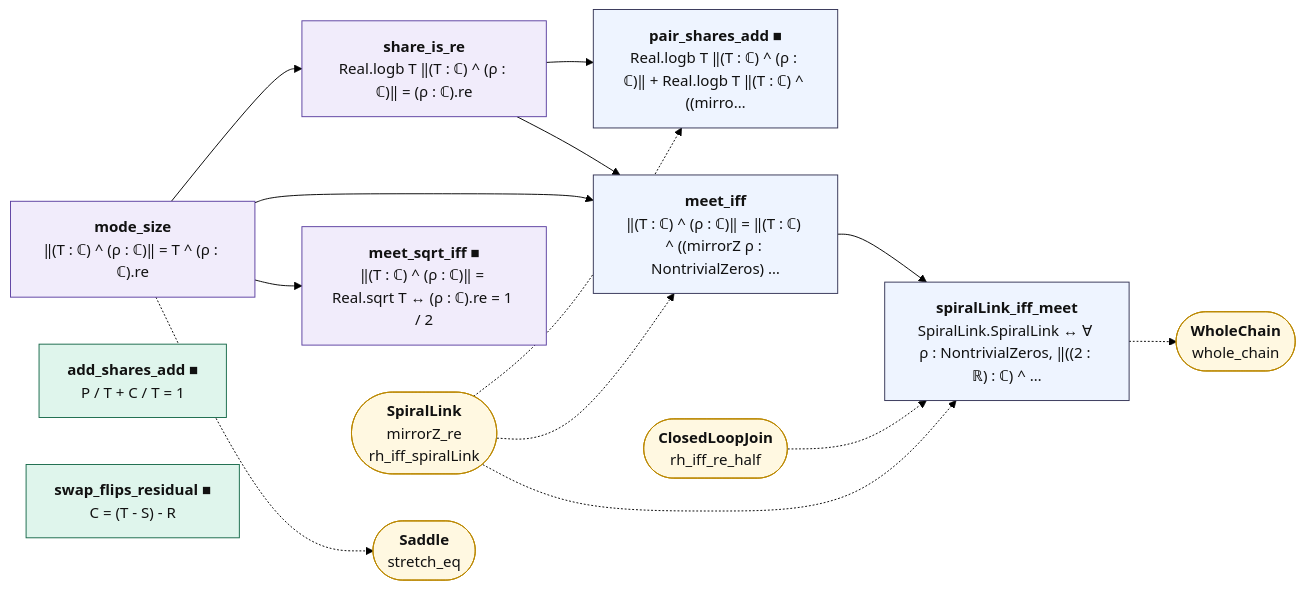
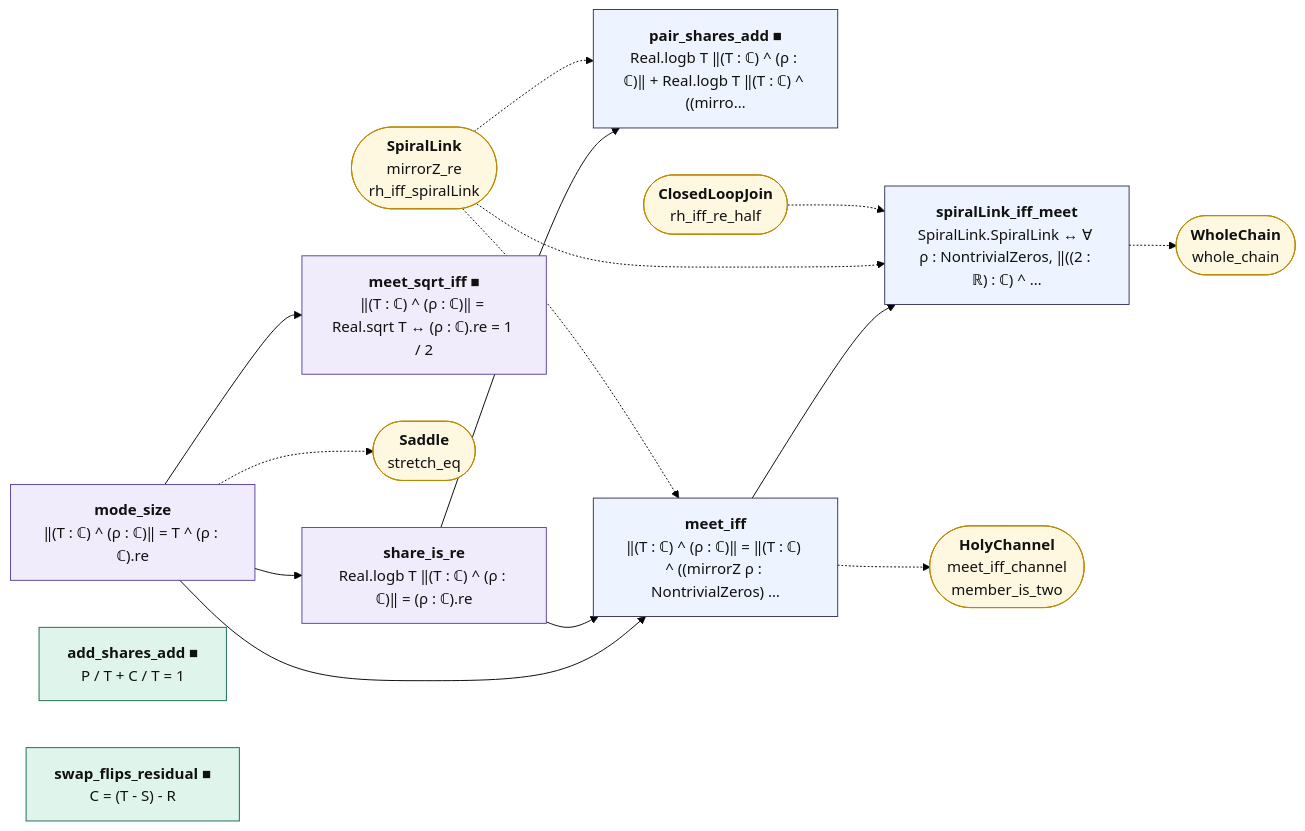
One commit to juliansambranojr/Primebeat_081426 changed the diagram in map/lean_stage3/ShareLink.mmd. Above: the diagram before and after it, drawn with Mermaid (forest theme). The commit also changed 29 other files, not shown here.

First line of the commit message:
Block J9: the Holy Family's channel (unit 0498)

```diff
--- a/map/lean_stage3/ShareLink.mmd
+++ b/map/lean_stage3/ShareLink.mmd
@@ -1,33 +1,35 @@
 flowchart LR
   n0["<b>mode_size</b><br/>‖(T : ℂ) ^ (ρ : ℂ)‖ = T ^ (ρ : ℂ).re"]:::shp
   n1["<b>share_is_re</b><br/>Real.logb T ‖(T : ℂ) ^ (ρ : ℂ)‖ = (ρ : ℂ).re"]:::shp
   n2["<b>pair_shares_add ■</b><br/>Real.logb T ‖(T : ℂ) ^ (ρ : ℂ)‖ + Real.logb T ‖(T : ℂ) ^ ((mirro…"]:::thm
   n3["<b>add_shares_add ■</b><br/>P / T + C / T = 1"]:::cnt
   n4["<b>meet_iff</b><br/>‖(T : ℂ) ^ (ρ : ℂ)‖ = ‖(T : ℂ) ^ ((mirrorZ ρ : NontrivialZeros) …"]:::thm
   n5["<b>meet_sqrt_iff ■</b><br/>‖(T : ℂ) ^ (ρ : ℂ)‖ = Real.sqrt T ↔ (ρ : ℂ).re = 1 / 2"]:::shp
   n6["<b>swap_flips_residual ■</b><br/>C = (T - S) - R"]:::cnt
   n7["<b>spiralLink_iff_meet</b><br/>SpiralLink.SpiralLink ↔ ∀ ρ : NontrivialZeros, ‖((2 : ℝ) : ℂ) ^ …"]:::thm
   x0(["<b>Saddle</b><br/>stretch_eq"]):::ext
   x1(["<b>SpiralLink</b><br/>mirrorZ_re<br/>rh_iff_spiralLink"]):::ext
-  x2(["<b>ClosedLoopJoin</b><br/>rh_iff_re_half"]):::ext
-  x3(["<b>WholeChain</b><br/>whole_chain"]):::ext
+  x2(["<b>HolyChannel</b><br/>meet_iff_channel<br/>member_is_two"]):::ext
+  x3(["<b>ClosedLoopJoin</b><br/>rh_iff_re_half"]):::ext
+  x4(["<b>WholeChain</b><br/>whole_chain"]):::ext
   n0 --> n1
   n0 --> n4
   n0 --> n5
   n1 --> n2
   n1 --> n4
   n4 --> n7
   n0 -.-> x0
-  n7 -.-> x3
+  n4 -.-> x2
+  n7 -.-> x4
   x1 -.-> n2
   x1 -.-> n4
   x1 -.-> n7
-  x2 -.-> n7
+  x3 -.-> n7
   classDef cnt fill:#dff5ec,stroke:#17694a,color:#111
   classDef shp fill:#f1ecfb,stroke:#5b3fa0,color:#111
   classDef rh fill:#ffe5e5,stroke:#c22,color:#111,stroke-width:2px
   classDef thm fill:#eef4ff,stroke:#335,color:#111
   classDef end_ fill:#e7f7e7,stroke:#2a7,color:#111,stroke-width:2px
   classDef lone fill:#fff,stroke:#999,color:#111,stroke-dasharray:4 3
   classDef bad fill:#ffe5e5,stroke:#c22,color:#111,stroke-width:2px
   classDef ext fill:#fff8e1,stroke:#b80,color:#111
```
